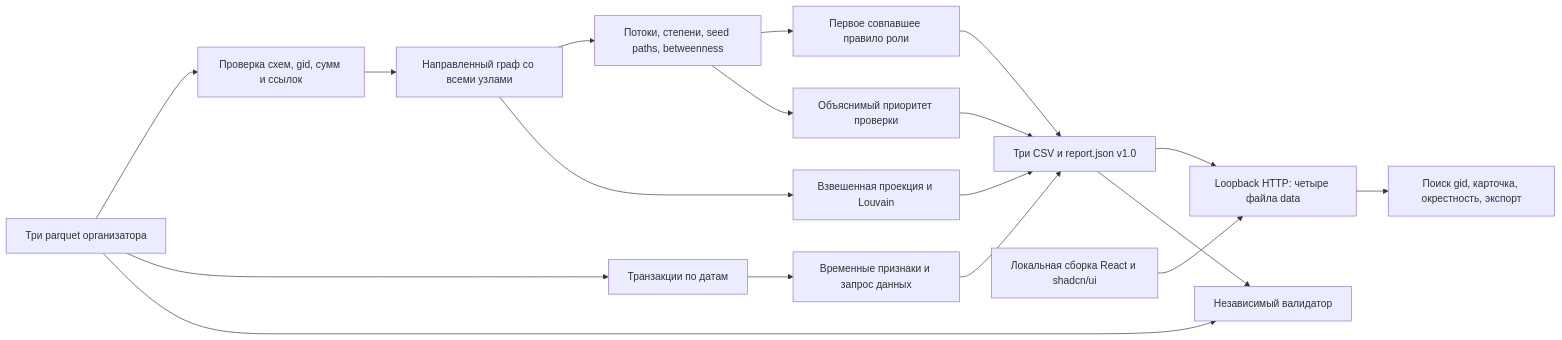
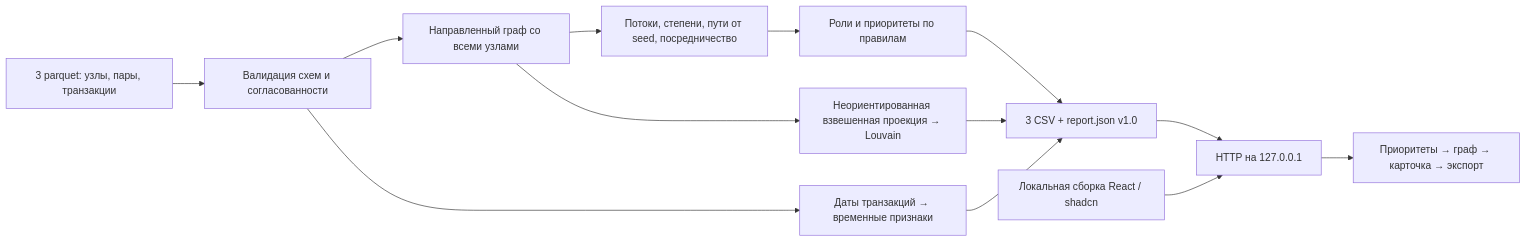
One commit to BAITC-Hacks/hack-e66e0807-genz changed the diagram in docs/ARCHITECTURE.md. Above: the diagram before and after it, drawn with Mermaid. The commit also changed other lines of this file and 6 other files, not shown here.

Commit message:
docs: publish architecture and model reference for judges

````diff
--- a/docs/ARCHITECTURE.md
+++ b/docs/ARCHITECTURE.md
@@ -5,20 +7,15 @@
 ```mermaid
 flowchart LR
-    P[Три parquet организатора] --> V[Проверка схем, gid, сумм и ссылок]
-    V --> G[Направленный граф со всеми узлами]
-    G --> M[Потоки, степени, seed paths, betweenness]
-    M --> R[Первое совпавшее правило роли]
-    P --> X[Транзакции по датам]
-    X --> W[Временные признаки и запрос данных]
-    G --> C[Взвешенная проекция и Louvain]
-    M --> T[Объяснимый приоритет проверки]
-    R --> E[Три CSV и report.json v1.0]
-    C --> E
-    T --> E
-    W --> E
-    E --> S[Loopback HTTP: четыре файла data]
-    B[Локальная сборка React и shadcn/ui] --> S
-    S --> U[Поиск gid, карточка, окрестность, экспорт]
-    P --> Q[Независимый валидатор]
-    E --> Q
+    P["3 parquet: узлы, пары, транзакции"] --> V["Валидация схем и согласованности"]
+    V --> G["Направленный граф со всеми узлами"]
+    G --> M["Потоки, степени, пути от seed, посредничество"]
+    M --> R["Роли и приоритеты по правилам"]
+    G --> C["Неориентированная взвешенная проекция → Louvain"]
+    V --> T["Даты транзакций → временные признаки"]
+    R --> O["3 CSV + report.json v1.0"]
+    C --> O
+    T --> O
+    O --> S["HTTP на 127.0.0.1"]
+    B["Локальная сборка React / shadcn"] --> S
+    S --> U["Приоритеты → граф → карточка → экспорт"]
 ```
````
